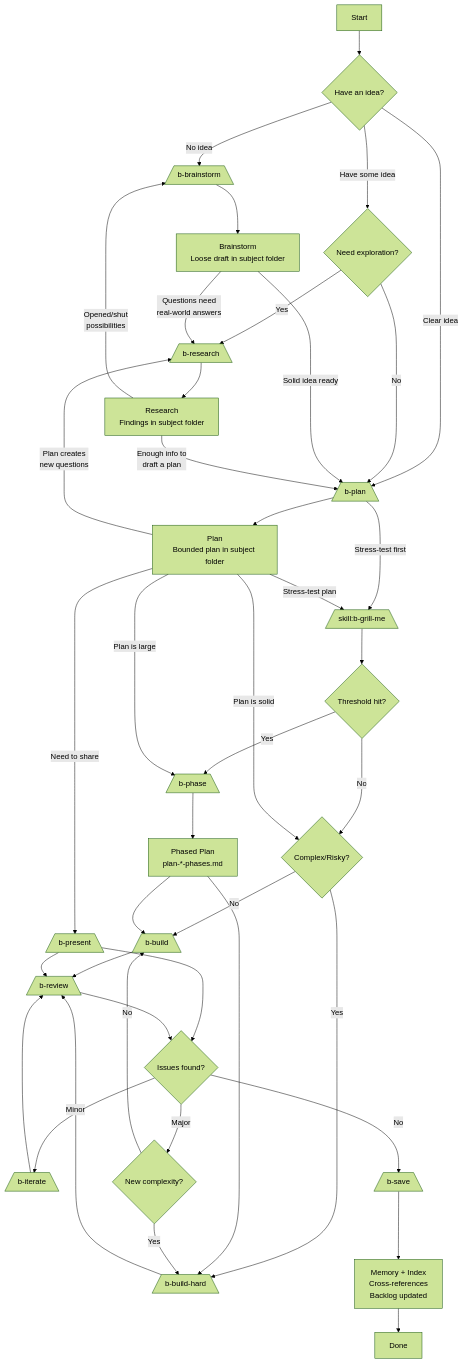
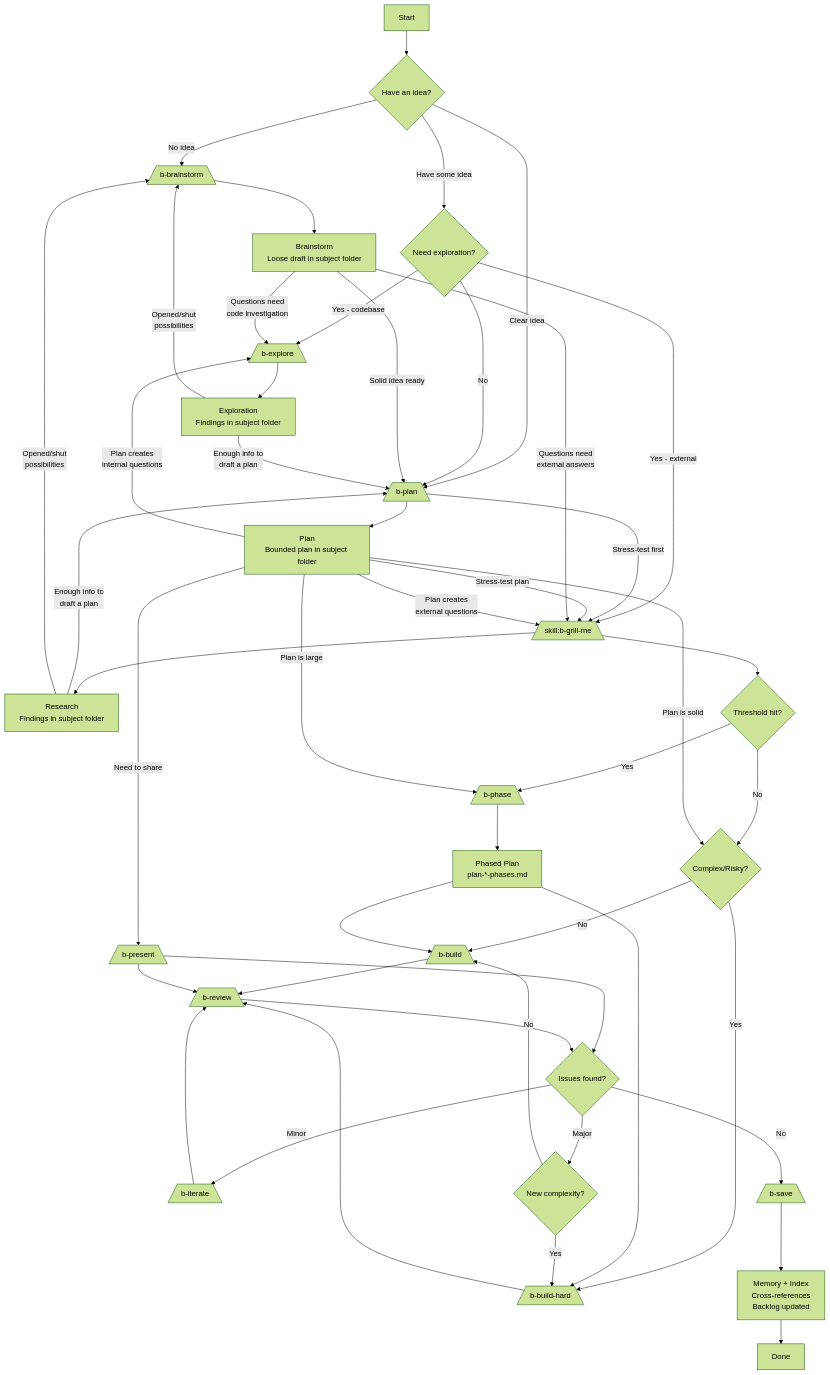
Before and after one commit to evilbuck/buck-workflow-pi: the first of 3 diagrams in docs/buck-workflow.md, drawn with Mermaid (forest theme). The commit also changed other lines of this file and 20 other files, not shown here.

First line of the commit message:
feat(buck-workflow): split b-research into b-explore + b-research, add crawl4ai and source dictionary

````diff
--- a/docs/buck-workflow.md
+++ b/docs/buck-workflow.md
@@ -42,60 +42,66 @@
 ```mermaid
 flowchart TD
     A[Start] --> B{Have an idea?}
     B -->|No idea| C[/b-brainstorm\]
     B -->|Have some idea| D{Need exploration?}
     B -->|Clear idea| E[/b-plan\]
     
     C --> F[Brainstorm<br/>Loose draft in subject folder]
     
-    D -->|Yes| G[/b-research\]
+    D -->|Yes - codebase| G[/b-explore\]
+    D -->|Yes - external| G2[/b-research\]
     D -->|No| E
     
-    G --> H[Research<br/>Findings in subject folder]
+    G --> H[Exploration<br/>Findings in subject folder]
+    G2 --> H2[Research<br/>Findings in subject folder]
     
     E --> I[Plan<br/>Bounded plan in subject folder]
 
     %% Grill sessions can happen before or after planning
     E -->|Stress-test first| G2[/skill:b-grill-me\]
     I -->|Stress-test plan| G2
     G2 --> G3{Threshold hit?}
     G3 -->|Yes| X
     G3 -->|No| J
 
     %% Iterative loops between brainstorm/research/plan
-    F -->|Questions need<br/>real-world answers| G
+    F -->|Questions need<br/>code investigation| G
+    F -->|Questions need<br/>external answers| G2
     F -->|Solid idea ready| E
     
-    I -->|Plan creates<br/>new questions| G
+    I -->|Plan creates<br/>internal questions| G
+    I -->|Plan creates<br/>external questions| G2
     
     H -->|Enough info to<br/>draft a plan| E
     H -->|Opened/shut<br/>possibilities| C
+    H2 -->|Enough info to<br/>draft a plan| E
+    H2 -->|Opened/shut<br/>possibilities| C
     
     I -->|Plan is solid| J{Complex/Risky?}
     J -->|No| K[/b-build\]
     J -->|Yes| L[/b-build-hard\]
     I -->|Need to share| M[/b-present\]
     I -->|Plan is large| X[/b-phase\]
 
     X --> Y[Phased Plan<br/>plan-*-phases.md]
     Y --> K
     Y --> L
 
     K --> N[Implementation]
     L --> N
     M --> O[HTML Presentation]
     
     M --> N[/b-review\]
     N --> O{Issues found?}
     
     O -->|Minor| P[/b-iterate\]
     O -->|Major| Q{New complexity?}
     Q -->|No| K
     Q -->|Yes| L
     
     P --> N
     O -->|No| R[/b-save\]
     
     R --> S[Memory + Index<br/>Cross-references<br/>Backlog updated]
     S --> T[Done]
 ```
````
